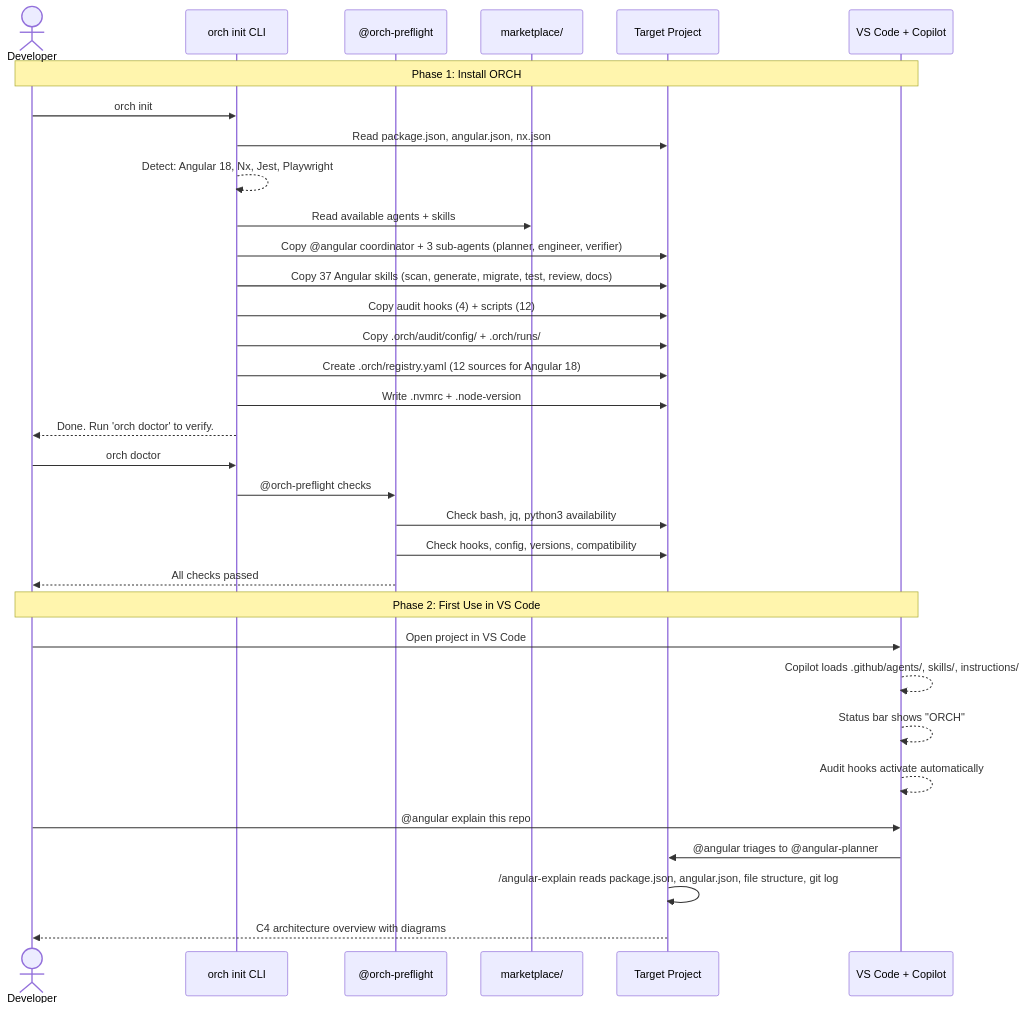
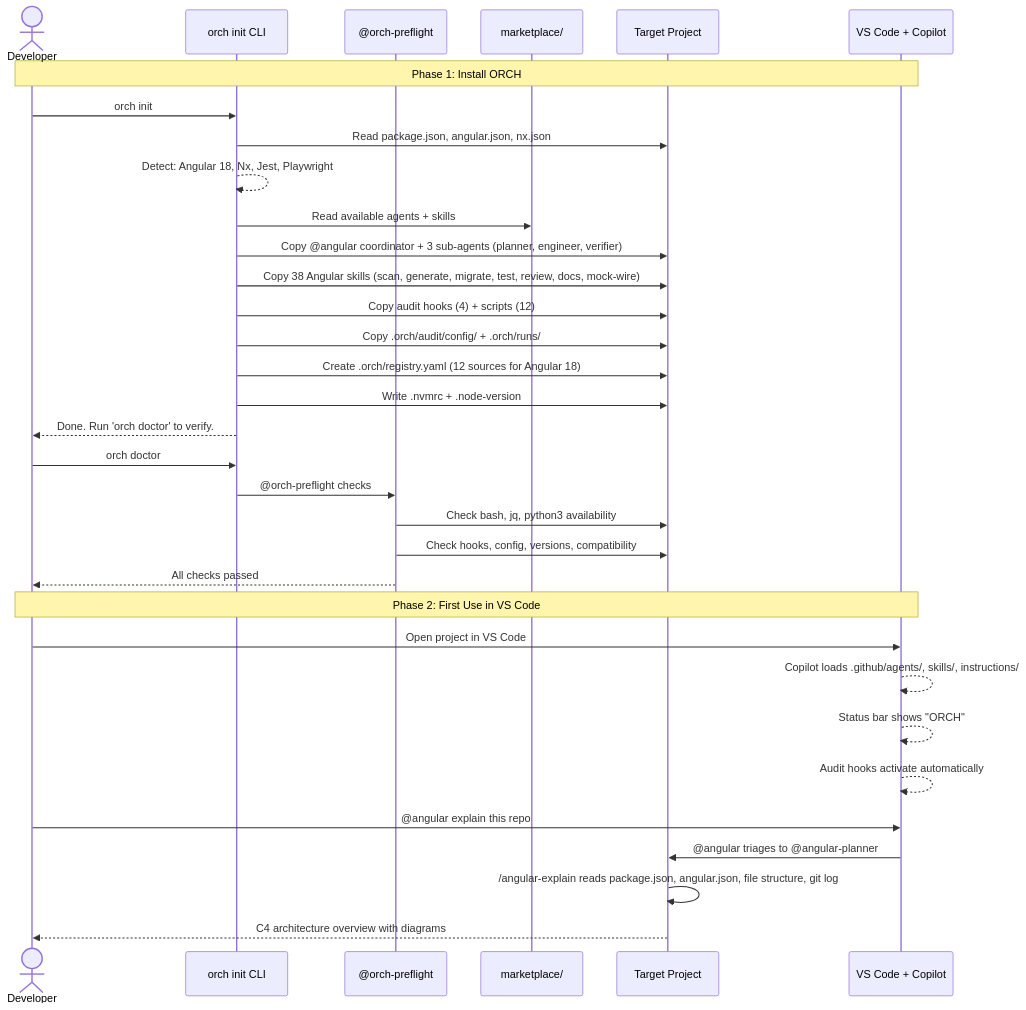
The first of 6 diagrams in docs/prd.md (oneinthebox/vscode-ghcp-agents), drawn with Mermaid before and after one commit. The commit also changed other lines of this file and 17 other files, not shown here.

````diff
--- a/docs/prd.md
+++ b/docs/prd.md
@@ -481,41 +490,41 @@
 ```mermaid
 sequenceDiagram
     actor Dev as Developer
     participant CLI as orch init CLI
     participant PF as @orch-preflight
     participant MP as marketplace/
     participant Proj as Target Project
     participant VS as VS Code + Copilot
 
     Note over Dev,VS: Phase 1: Install ORCH
 
     Dev->>CLI: orch init
     CLI->>Proj: Read package.json, angular.json, nx.json
     CLI-->>CLI: Detect: Angular 18, Nx, Jest, Playwright
     CLI->>MP: Read available agents + skills
     CLI->>Proj: Copy @angular coordinator + 3 sub-agents (planner, engineer, verifier)
-    CLI->>Proj: Copy 37 Angular skills (scan, generate, migrate, test, review, docs)
+    CLI->>Proj: Copy 38 Angular skills (scan, generate, migrate, test, review, docs, mock-wire)
     CLI->>Proj: Copy audit hooks (4) + scripts (12)
     CLI->>Proj: Copy .orch/audit/config/ + .orch/runs/
     CLI->>Proj: Create .orch/registry.yaml (12 sources for Angular 18)
     CLI->>Proj: Write .nvmrc + .node-version
     CLI-->>Dev: Done. Run 'orch doctor' to verify.
 
     Dev->>CLI: orch doctor
     CLI->>PF: @orch-preflight checks
     PF->>Proj: Check bash, jq, python3 availability
     PF->>Proj: Check hooks, config, versions, compatibility
     PF-->>Dev: All checks passed
 
     Note over Dev,VS: Phase 2: First Use in VS Code
 
     Dev->>VS: Open project in VS Code
     VS-->>VS: Copilot loads .github/agents/, skills/, instructions/
     VS-->>VS: Status bar shows "ORCH"
     VS-->>VS: Audit hooks activate automatically
 
     Dev->>VS: @angular explain this repo
     VS->>Proj: @angular triages to @angular-planner
     Proj->>Proj: /angular-explain reads package.json, angular.json, file structure, git log
     Proj-->>Dev: C4 architecture overview with diagrams
 ```
````
